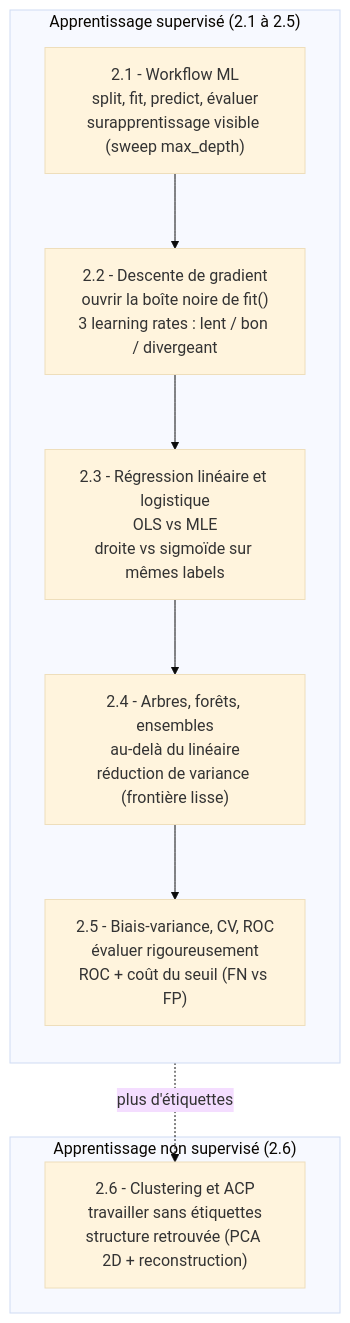
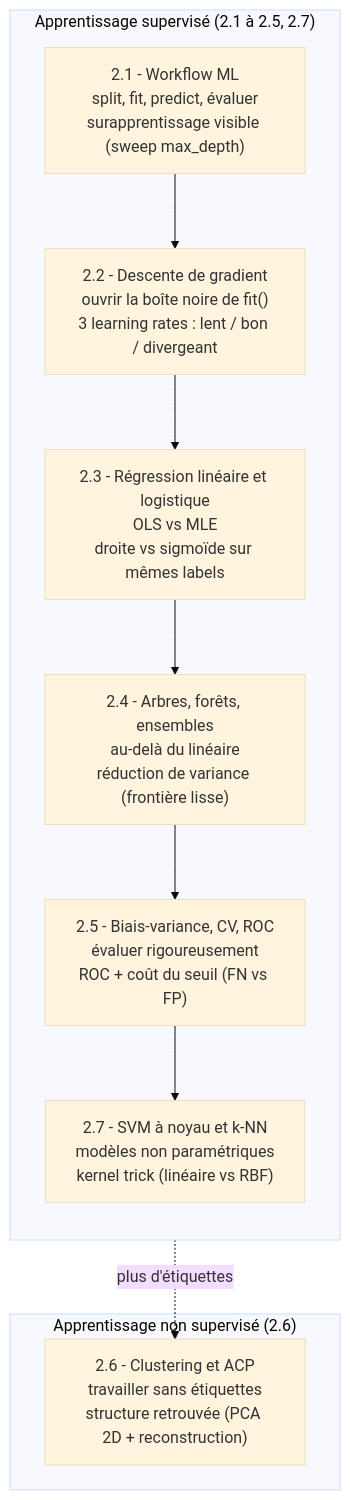
Before and after one commit to jsboige/CoursIA: the diagram in MyIA.AI.Notebooks/ML/DataScienceWithAgents/02-ML-Cours/README.md, drawn with Mermaid (base theme). The commit also changed other lines of this file and 1 other file, not shown here.

First line of the commit message:
feat(ml): 2.7 SVM a noyau et k-NN -- kernel trick rendu visible (See #4174, #4292)

````diff
--- a/MyIA.AI.Notebooks/ML/DataScienceWithAgents/02-ML-Cours/README.md
+++ b/MyIA.AI.Notebooks/ML/DataScienceWithAgents/02-ML-Cours/README.md
@@ -30,16 +31,17 @@
 ```mermaid
 flowchart TD
-    subgraph SUP["Apprentissage supervisé (2.1 à 2.5)"]
+    subgraph SUP["Apprentissage supervisé (2.1 à 2.5, 2.7)"]
       direction TB
       A["2.1 - Workflow ML<br/>split, fit, predict, évaluer<br/>surapprentissage visible (sweep max_depth)"]
       B["2.2 - Descente de gradient<br/>ouvrir la boîte noire de fit()<br/>3 learning rates : lent / bon / divergeant"]
       C["2.3 - Régression linéaire et logistique<br/>OLS vs MLE<br/>droite vs sigmoïde sur mêmes labels"]
       D["2.4 - Arbres, forêts, ensembles<br/>au-delà du linéaire<br/>réduction de variance (frontière lisse)"]
       E["2.5 - Biais-variance, CV, ROC<br/>évaluer rigoureusement<br/>ROC + coût du seuil (FN vs FP)"]
-      A --> B --> C --> D --> E
+      G["2.7 - SVM à noyau et k-NN<br/>modèles non paramétriques<br/>kernel trick (linéaire vs RBF)"]
+      A --> B --> C --> D --> E --> G
     end
     subgraph UNSUP["Apprentissage non supervisé (2.6)"]
       F["2.6 - Clustering et ACP<br/>travailler sans étiquettes<br/>structure retrouvée (PCA 2D + reconstruction)"]
     end
     E -. "plus d'étiquettes" .-> F
 ```
````
